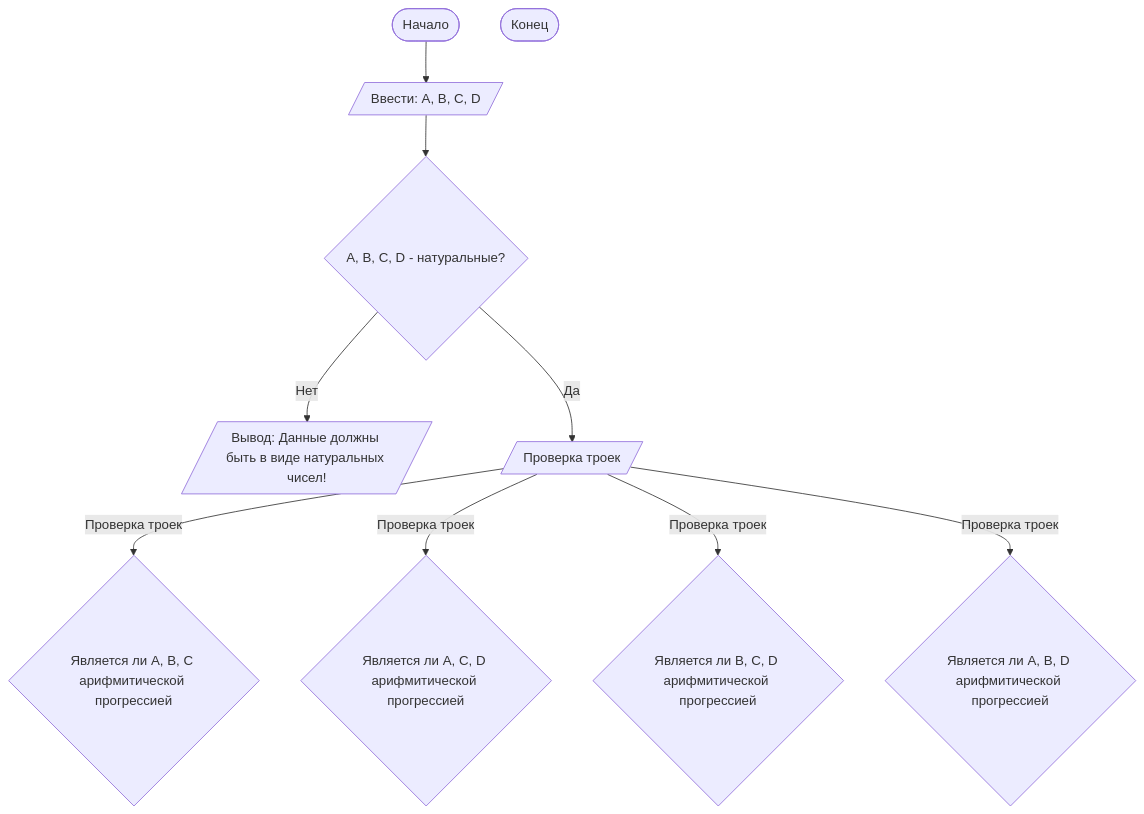
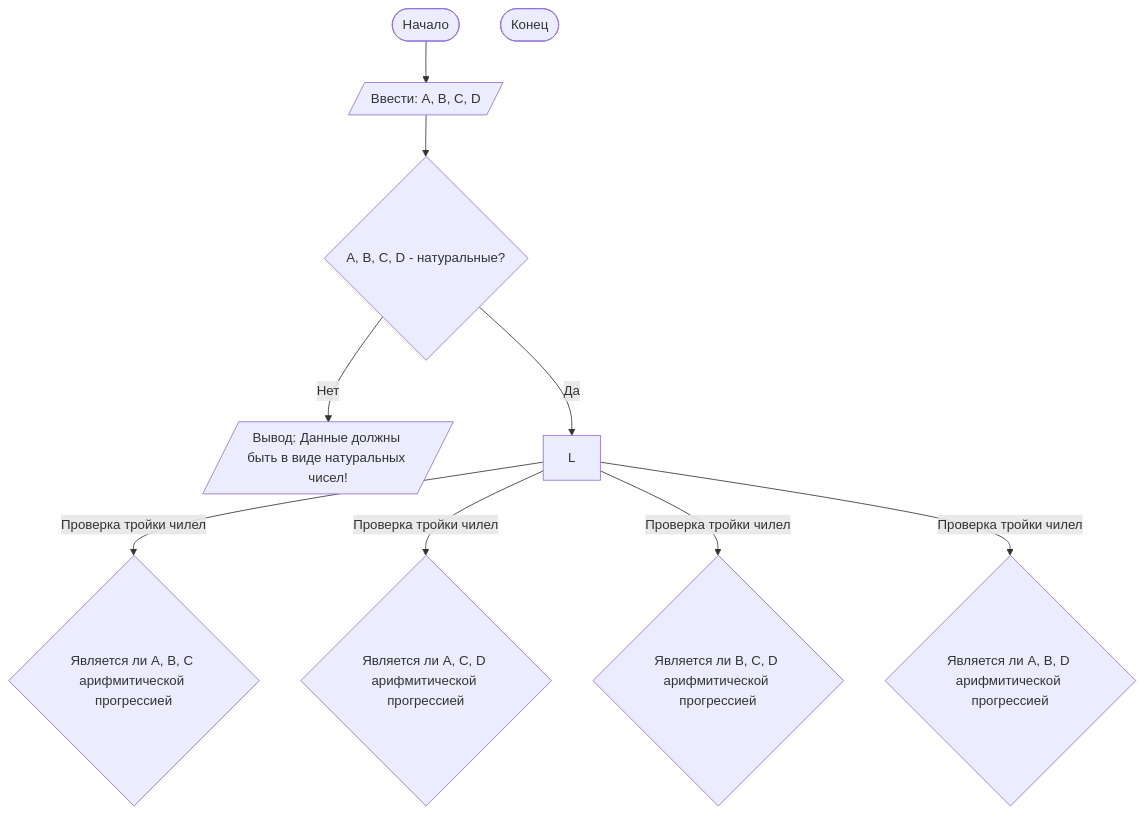
The diagram in README.md (Matvey-Kh/Lab1), drawn with Mermaid before and after one commit.

````diff
--- a/README.md
+++ b/README.md
@@ -92,15 +92,15 @@
 ```mermaid
 graph TD
     A([Начало]) --> B[/Ввести: A, B, C, D/]
     B --> C{A, B, C, D - натуральные?}
     C -- Нет --> D[/Вывод: Данные должны быть в виде натуральных чисел!/]
-    C -- Да --> L[/Проверка троек/]
-    L -- Проверка троек --> H{Является ли A, B, C арифмитической прогрессией}
-    L -- Проверка троек --> I{Является ли A, C, D арифмитической прогрессией}
-    L -- Проверка троек --> J{Является ли B, C, D арифмитической прогрессией}
-    L -- Проверка троек --> K{Является ли A, B, D арифмитической прогрессией}
+    C -- Да --> L
+    L -- Проверка тройки чилел --> H{Является ли A, B, C арифмитической прогрессией}
+    L -- Проверка тройки чилел --> I{Является ли A, C, D арифмитической прогрессией}
+    L -- Проверка тройки чилел --> J{Является ли B, C, D арифмитической прогрессией}
+    L -- Проверка тройки чилел --> K{Является ли A, B, D арифмитической прогрессией}
 
 
     Z([Конец])
 
 ```
````
